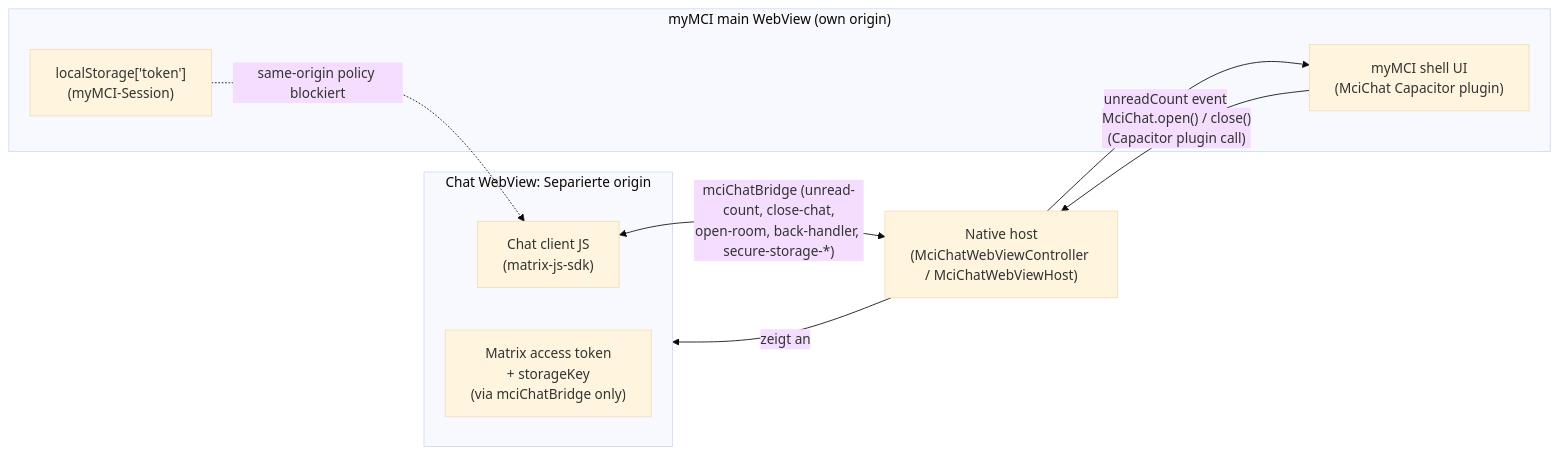
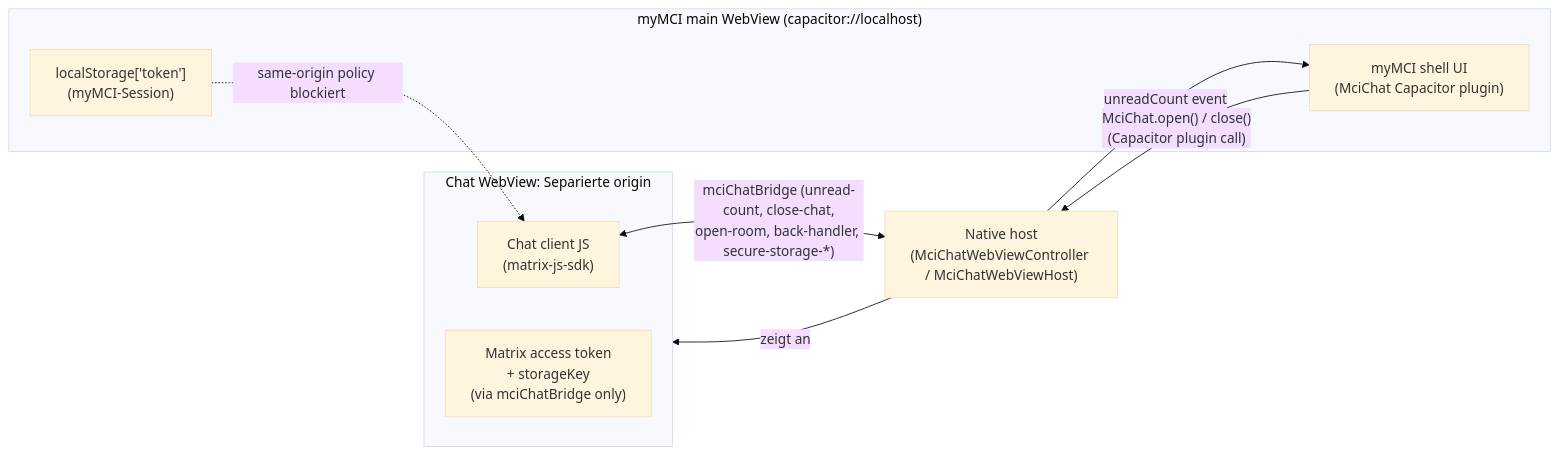
Before and after one commit to DanielJMoser/ObsidianVault: the diagram in 01-Active/Presentation-Matrix-Client/Presentation.md, drawn with Mermaid (base theme). The commit also changed other lines of this file, not shown here.

````diff
--- a/01-Active/Presentation-Matrix-Client/Presentation.md
+++ b/01-Active/Presentation-Matrix-Client/Presentation.md
@@ -87,23 +87,23 @@
 ```mermaid
 flowchart LR
     %% Nodes and Subgraphs
-    subgraph MainApp["myMCI main WebView (own origin)"]
+    subgraph MainApp["myMCI main WebView (capacitor://localhost)"]
         Token["localStorage['token']<br/>(myMCI-Session)"]
         Shell["myMCI shell UI<br/>(MciChat Capacitor plugin)"]
     end
 
     subgraph ChatView["Chat WebView: Separierte origin"]
         ChatJS["Chat client JS<br/>(matrix-js-sdk)"]
         Secrets["Matrix access token<br/>+ storageKey<br/>(via mciChatBridge only)"]
     end
 
     NativeHost["Native host<br/>(MciChatWebViewController / MciChatWebViewHost)"]
 
     %% Relationships
     Shell -- "MciChat.open() / close()<br/>(Capacitor plugin call)" --> NativeHost
     NativeHost -- "zeigt an" --> ChatView
     ChatJS <-->|"mciChatBridge (unread-count, close-chat,<br/>open-room, back-handler, secure-storage-*)"| NativeHost
     NativeHost -- "unreadCount event" --> Shell
 
     Token -.->|"same-origin policy blockiert"| ChatJS
 ```
````
